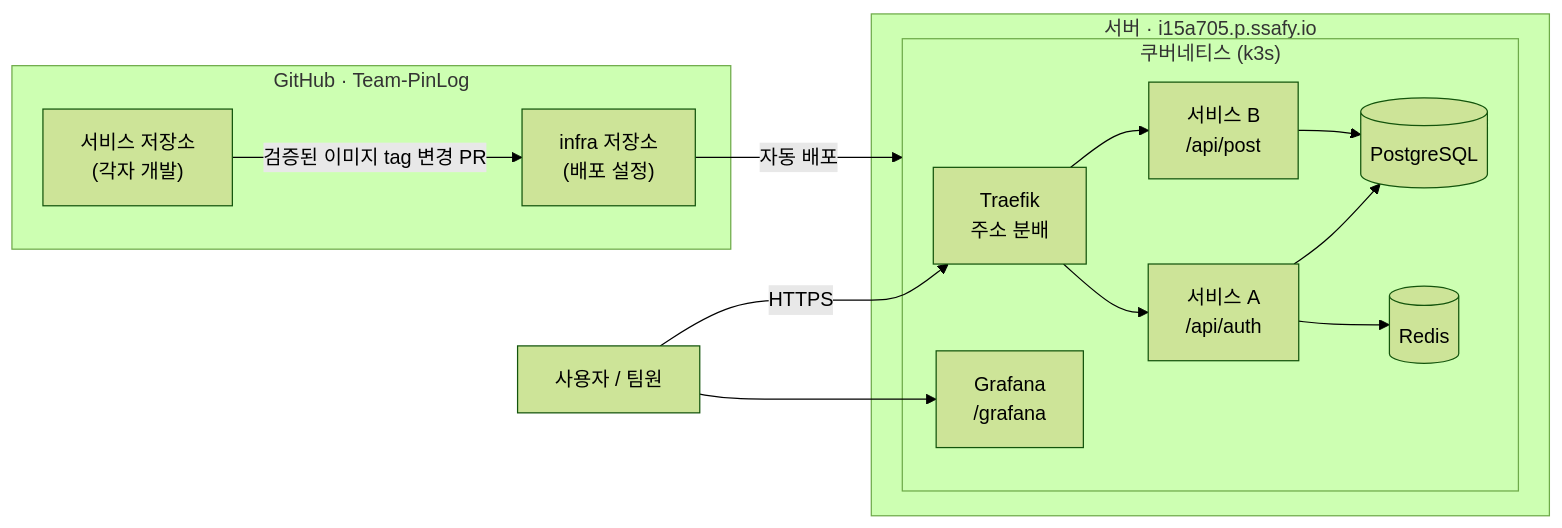
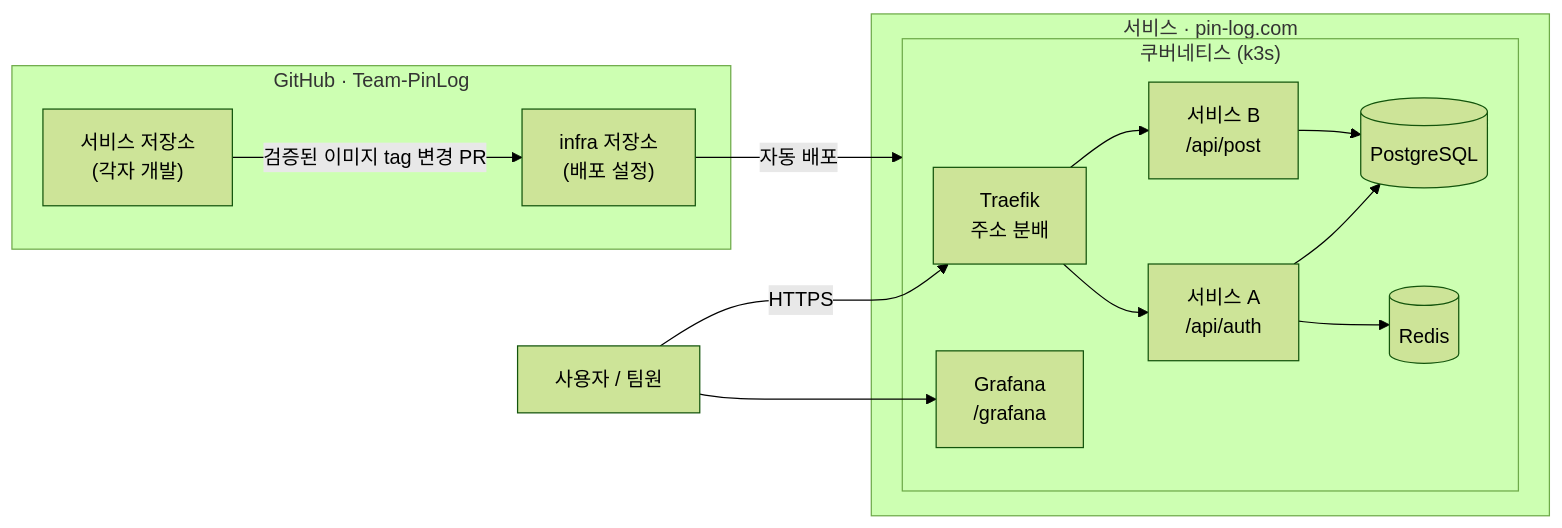
One commit to Team-PinLog/infra changed the diagram in docs/onboarding.md. Above: the diagram before and after it, drawn with Mermaid (forest theme). The commit also changed other lines of this file and 13 other files, not shown here.

````diff
--- a/docs/onboarding.md
+++ b/docs/onboarding.md
@@ -9,30 +9,30 @@
 ```mermaid
 flowchart LR
     U["사용자 / 팀원"]
 
     subgraph gh["GitHub · Team-PinLog"]
         SR["서비스 저장소<br/>(각자 개발)"]
         IR["infra 저장소<br/>(배포 설정)"]
     end
 
-    subgraph srv["서버 · i15a705.p.ssafy.io"]
+    subgraph srv["서비스 · pin-log.com"]
         subgraph k3s["쿠버네티스 (k3s)"]
             ING["Traefik<br/>주소 분배"]
             S1["서비스 A<br/>/api/auth"]
             S2["서비스 B<br/>/api/post"]
             DB[("PostgreSQL")]
             RD[("Redis")]
             MON["Grafana<br/>/grafana"]
         end
     end
 
     U -->|HTTPS| ING
     ING --> S1
     ING --> S2
     S1 --> DB
     S1 --> RD
     S2 --> DB
     SR -->|검증된 이미지 tag 변경 PR| IR
     IR -->|자동 배포| k3s
     U --> MON
 ```
````
